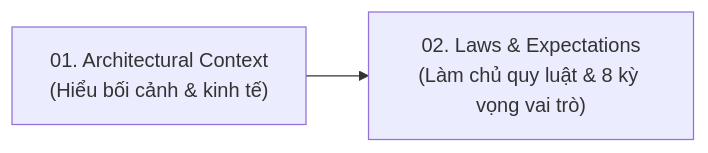
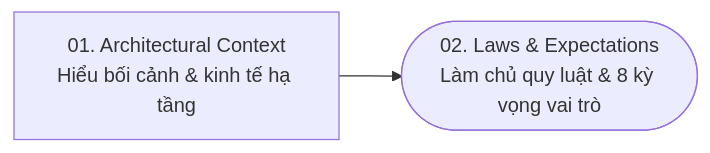
Before and after one commit to MaiTheHao/docs: the diagram in release/software_architecture/00_introduction/README.md, drawn with Mermaid. The commit also changed other lines of this file and 1 other file, not shown here.

Commit message:
docs: update software architecture laws and introduction documentation

````diff
--- a/release/software_architecture/00_introduction/README.md
+++ b/release/software_architecture/00_introduction/README.md
@@ -34,7 +34,6 @@
 ```mermaid
 graph LR
     accTitle: Tiến trình Đọc và Học tập Fundamentals
     accDescr: Sơ đồ luồng thứ tự đọc tài liệu từ Bối cảnh đến Quy luật Kiến trúc và 8 Kỳ vọng đối với Kiến trúc sư
-
-    step1["01. Architectural Context<br/>(Hiểu bối cảnh & kinh tế)"] --> step2["02. Laws & Expectations<br/>(Làm chủ quy luật & 8 kỳ vọng vai trò)"]
+    contextStep["01. Architectural Context<br/>Hiểu bối cảnh & kinh tế hạ tầng"] --> lawsStep(["02. Laws & Expectations<br/>Làm chủ quy luật & 8 kỳ vọng vai trò"])
 ```
````
